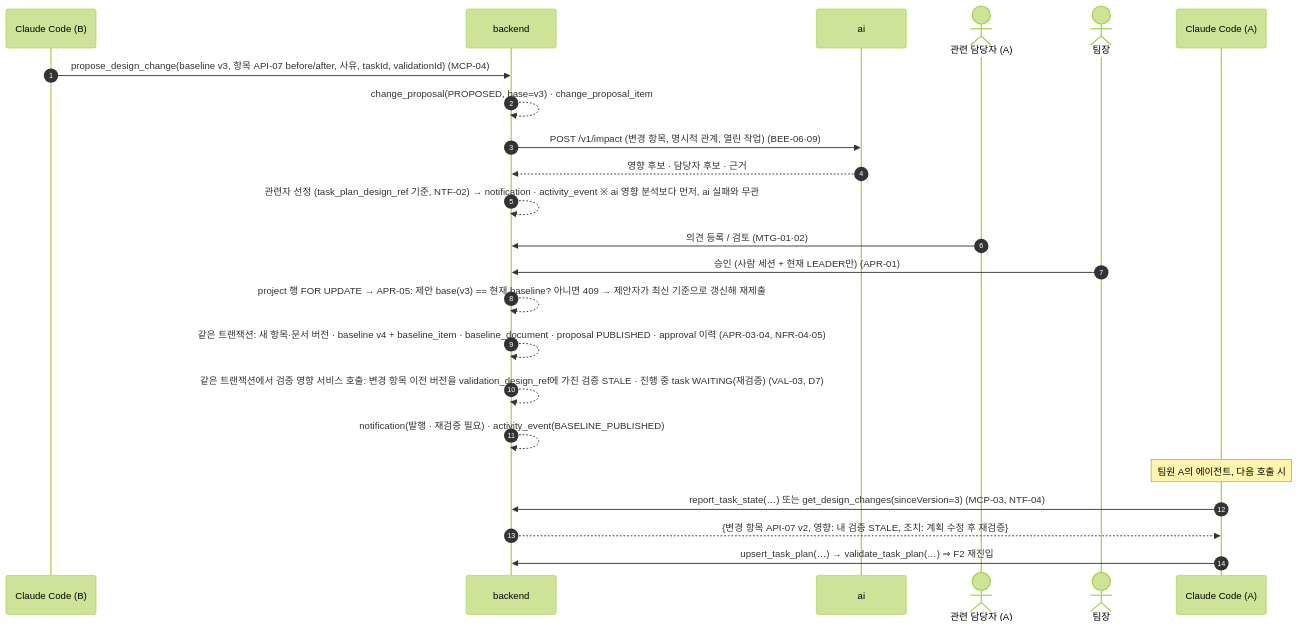
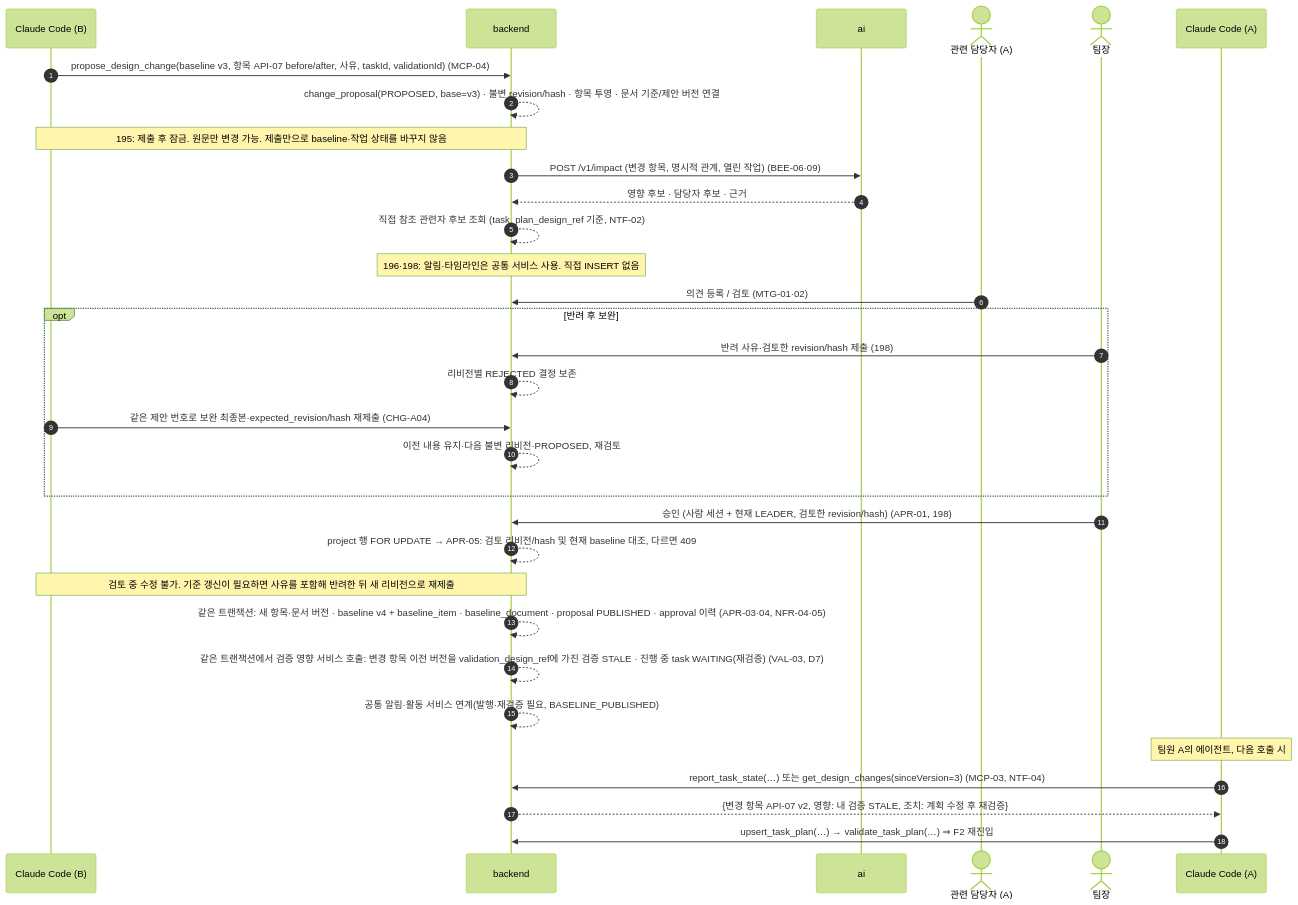
The third of 4 diagrams in docs/design/02-system-flow.md (S15A108/BEEZ), drawn with Mermaid (forest theme) before and after one commit. The commit also changed other lines of this file and 4 other files, not shown here.

````diff
--- a/docs/design/02-system-flow.md
+++ b/docs/design/02-system-flow.md
@@ -150,26 +150,35 @@
 ```mermaid
 sequenceDiagram
   autonumber
   participant CB as Claude Code (B)
   participant B as backend
   participant A as ai
   actor R as 관련 담당자 (A)
   actor L as 팀장
   participant CA as Claude Code (A)
 
   CB->>B: propose_design_change(baseline v3, 항목 API-07 before/after, 사유, taskId, validationId) (MCP-04)
-  B-->>B: change_proposal(PROPOSED, base=v3) · change_proposal_item
+  B-->>B: change_proposal(PROPOSED, base=v3) · 불변 revision/hash · 항목 투영 · 문서 기준/제안 버전 연결
+  Note over CB,B: 195: 제출 후 잠금. 원문만 변경 가능. 제출만으로 baseline·작업 상태를 바꾸지 않음
   B->>A: POST /v1/impact (변경 항목, 명시적 관계, 열린 작업)  (BEE-06·09)
   A-->>B: 영향 후보 · 담당자 후보 · 근거
-  B-->>B: 관련자 선정 (task_plan_design_ref 기준, NTF-02) → notification · activity_event  ※ ai 영향 분석보다 먼저, ai 실패와 무관
+  B-->>B: 직접 참조 관련자 후보 조회 (task_plan_design_ref 기준, NTF-02)
+  Note over B: 196·198: 알림·타임라인은 공통 서비스 사용. 직접 INSERT 없음
   R->>B: 의견 등록 / 검토 (MTG-01·02)
-  L->>B: 승인 (사람 세션 + 현재 LEADER만) (APR-01)
-  B-->>B: project 행 FOR UPDATE → APR-05: 제안 base(v3) == 현재 baseline? 아니면 409 → 제안자가 최신 기준으로 갱신해 재제출
+  opt 반려 후 보완
+    L->>B: 반려 사유·검토한 revision/hash 제출 (198)
+    B-->>B: 리비전별 REJECTED 결정 보존
+    CB->>B: 같은 제안 번호로 보완 최종본·expected_revision/hash 재제출 (CHG-A04)
+    B-->>B: 이전 내용 유지·다음 불변 리비전·PROPOSED, 재검토
+  end
+  L->>B: 승인 (사람 세션 + 현재 LEADER, 검토한 revision/hash) (APR-01, 198)
+  B-->>B: project 행 FOR UPDATE → APR-05: 검토 리비전/hash 및 현재 baseline 대조, 다르면 409
+  Note over CB,B: 검토 중 수정 불가. 기준 갱신이 필요하면 사유를 포함해 반려한 뒤 새 리비전으로 재제출
   B-->>B: 같은 트랜잭션: 새 항목·문서 버전 · baseline v4 + baseline_item · baseline_document · proposal PUBLISHED · approval 이력 (APR-03·04, NFR-04·05)
   B-->>B: 같은 트랜잭션에서 검증 영향 서비스 호출: 변경 항목 이전 버전을 validation_design_ref에 가진 검증 STALE · 진행 중 task WAITING(재검증) (VAL-03, D7)
-  B-->>B: notification(발행 · 재검증 필요) · activity_event(BASELINE_PUBLISHED)
+  B-->>B: 공통 알림·활동 서비스 연계(발행·재검증 필요, BASELINE_PUBLISHED)
   Note over CA: 팀원 A의 에이전트, 다음 호출 시
   CA->>B: report_task_state(…) 또는 get_design_changes(sinceVersion=3) (MCP-03, NTF-04)
   B-->>CA: {변경 항목 API-07 v2, 영향: 내 검증 STALE, 조치: 계획 수정 후 재검증}
   CA->>B: upsert_task_plan(…) → validate_task_plan(…)  ⇒ F2 재진입
 ```
````
